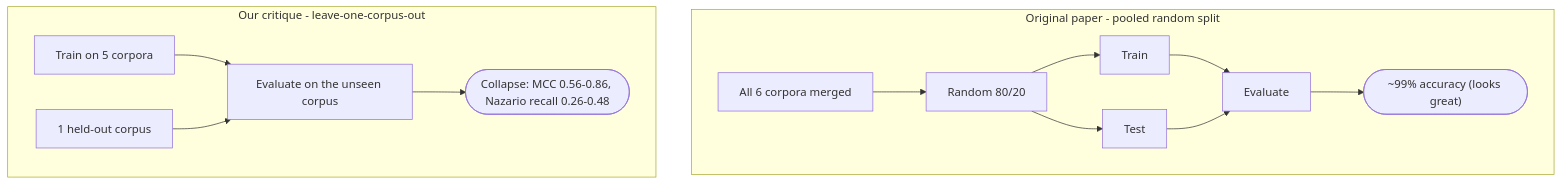
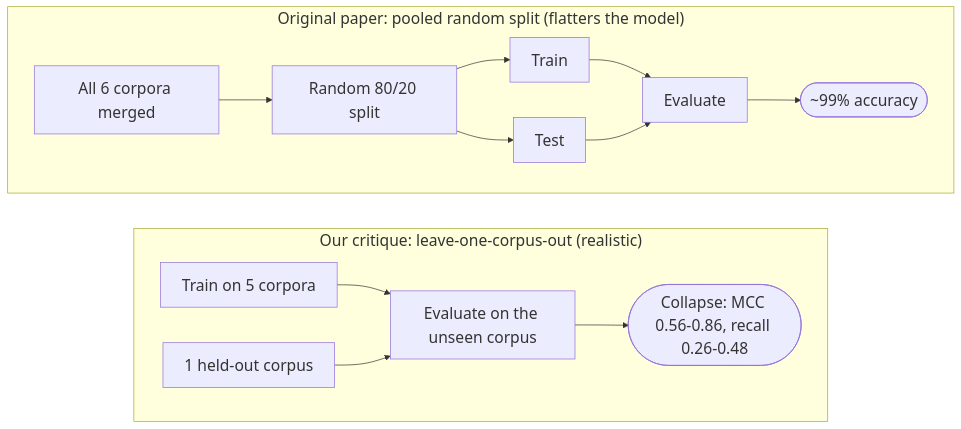
The diagram in README.md (Imreec/phishing-detection-ds-cyber), drawn with Mermaid before and after one commit.

Commit message:
docs: stack README methodology diagram vertically and enlarge font for readability

````diff
--- a/README.md
+++ b/README.md
@@ -59,16 +59,16 @@
 ```mermaid
+%%{init: {"themeVariables": {"fontSize": "22px"}}}%%
 graph TD
-    subgraph A["Original paper - pooled random split"]
-        a1[All 6 corpora merged] --> a2[Random 80/20]
-        a2 --> a3[Train]
-        a2 --> a4[Test]
-        a3 --> a5[Evaluate]
-        a4 --> a5
-        a5 --> a6(["~99% accuracy (looks great)"])
+    subgraph A["Original paper: pooled random split (flatters the model)"]
+        a1[All 6 corpora merged] --> a2[Random 80/20 split]
+        a2 --> a3[Train] --> a5[Evaluate]
+        a2 --> a4[Test] --> a5
+        a5 --> a6(["~99% accuracy"])
     end
-    subgraph B["Our critique - leave-one-corpus-out"]
+    subgraph B["Our critique: leave-one-corpus-out (realistic)"]
         b1[Train on 5 corpora] --> b3[Evaluate on the unseen corpus]
         b2[1 held-out corpus] --> b3
-        b3 --> b4(["Collapse: MCC 0.56-0.86, Nazario recall 0.26-0.48"])
+        b3 --> b4(["Collapse: MCC 0.56-0.86, recall 0.26-0.48"])
     end
+    A ~~~ B
 ```
````
